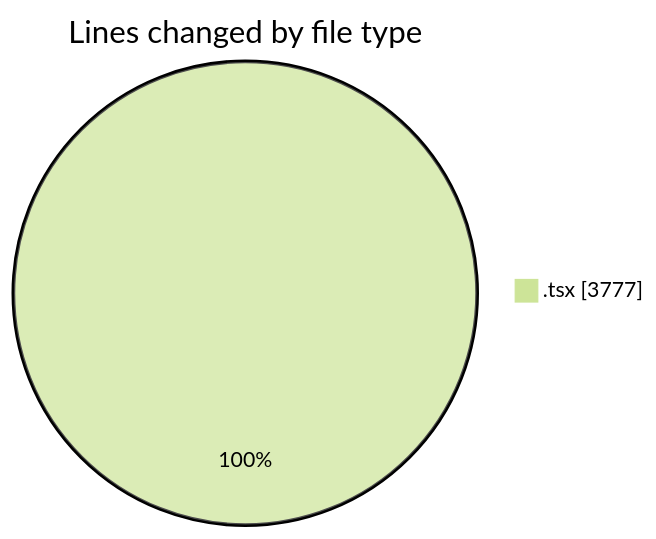
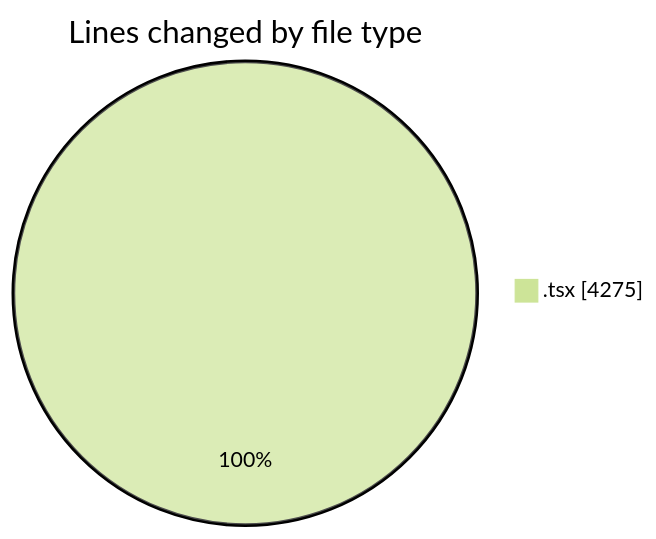
Before and after one commit to nxtqubesakshisongat/code-tracking: the first of 2 diagrams in 2026-05-24/nxtqube_webapp/README.md, drawn with Mermaid (forest theme). The commit also changed other lines of this file and 1 other file, not shown here.

````diff
--- a/2026-05-24/nxtqube_webapp/README.md
+++ b/2026-05-24/nxtqube_webapp/README.md
@@ -23,5 +24,5 @@
 ```mermaid
 pie showData
 title Lines changed by file type
-".tsx" : 3777
+".tsx" : 4275
 ```
````
